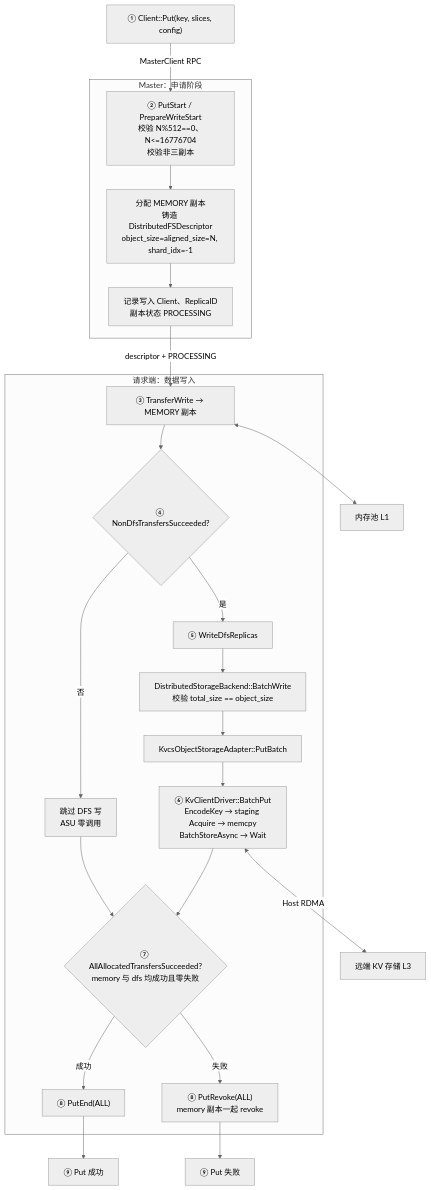
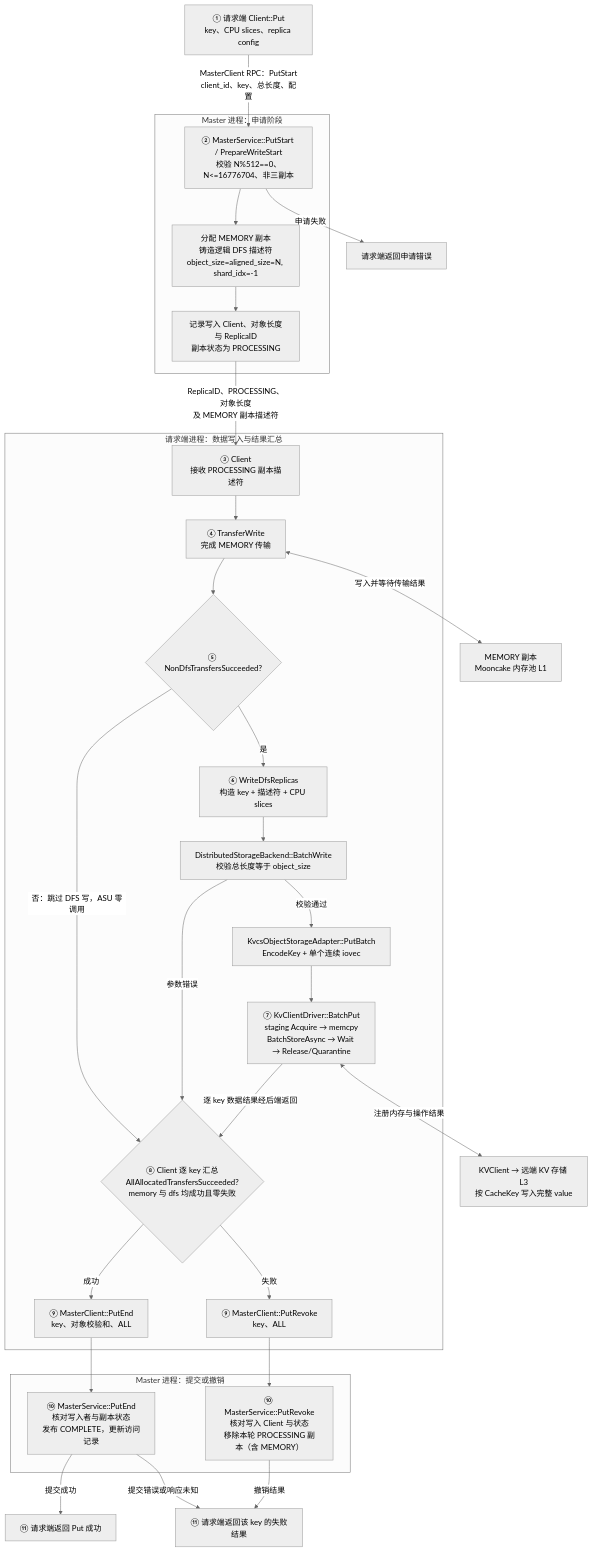
Before and after one commit to zwj20000328-dotcom/Mooncake-documents: the fourth of 13 diagrams in Mooncake + KVClient L3 接入（Kvcs）- v3.md, drawn with Mermaid (neutral theme). The commit also changed other lines of this file, not shown here.

Commit message:
modified：Mooncake + KVClient L3 接入（Kvcs）- v3.md

````diff
--- a/Mooncake + KVClient L3 接入（Kvcs）- v3.md
+++ b/Mooncake + KVClient L3 接入（Kvcs）- v3.md
@@ -293,43 +431,60 @@
 ```mermaid
 flowchart TB
-    C1["① Client::Put(key, slices, config)"]
+    C1["① 请求端 Client::Put<br/>key、CPU slices、replica config"]
 
-    subgraph MasterStart["Master：申请阶段"]
-        START["② PutStart / PrepareWriteStart<br/>校验 N%512==0、N<=16776704<br/>校验非三副本"]
-        ALLOC["分配 MEMORY 副本<br/>铸造 DistributedFSDescriptor<br/>object_size=aligned_size=N, shard_idx=-1"]
-        META["记录写入 Client、ReplicaID<br/>副本状态 PROCESSING"]
-        START --> ALLOC --> META
+    subgraph MasterStart["Master 进程：申请阶段"]
+        START["② MasterService::PutStart / PrepareWriteStart<br/>校验 N%512==0、N<=16776704、非三副本"]
+        ALLOC["分配 MEMORY 副本<br/>铸造逻辑 DFS 描述符<br/>object_size=aligned_size=N, shard_idx=-1"]
+        META["记录写入 Client、对象长度与 ReplicaID<br/>副本状态为 PROCESSING"]
+
+        START --> ALLOC
+        ALLOC --> META
     end
 
-    subgraph DataWrite["请求端：数据写入"]
-        T["③ TransferWrite → MEMORY 副本"]
-        GATE{"④ NonDfsTransfersSucceeded?"}
-        W["⑤ WriteDfsReplicas"]
-        B["DistributedStorageBackend::BatchWrite<br/>校验 total_size == object_size"]
-        O["KvcsObjectStorageAdapter::PutBatch"]
-        D["⑥ KvClientDriver::BatchPut<br/>EncodeKey → staging Acquire → memcpy<br/>BatchStoreAsync → Wait"]
-        J{"⑦ AllAllocatedTransfersSucceeded?<br/>memory 与 dfs 均成功且零失败"}
-        END["⑧ PutEnd(ALL)"]
-        REVOKE["⑧ PutRevoke(ALL)<br/>memory 副本一起 revoke"]
-        SKIP["跳过 DFS 写<br/>ASU 零调用"]
+    subgraph Request["请求端进程：数据写入与结果汇总"]
+        C2["③ Client<br/>接收 PROCESSING 副本描述符"]
+        T["④ TransferWrite<br/>完成 MEMORY 传输"]
+        GATE{"⑤ NonDfsTransfersSucceeded?"}
+        W["⑥ WriteDfsReplicas<br/>构造 key + 描述符 + CPU slices"]
+        B["DistributedStorageBackend::BatchWrite<br/>校验总长度等于 object_size"]
+        O["KvcsObjectStorageAdapter::PutBatch<br/>EncodeKey + 单个连续 iovec"]
+        D["⑦ KvClientDriver::BatchPut<br/>staging Acquire → memcpy<br/>BatchStoreAsync → Wait → Release/Quarantine"]
+        J{"⑧ Client 逐 key 汇总<br/>AllAllocatedTransfersSucceeded?<br/>memory 与 dfs 均成功且零失败"}
+        END["⑨ MasterClient::PutEnd<br/>key、对象校验和、ALL"]
+        REVOKE["⑨ MasterClient::PutRevoke<br/>key、ALL"]
 
+        C2 --> T
         T --> GATE
         GATE -->|"是"| W
-        GATE -->|"否"| SKIP
-        W --> B --> O --> D
-        D --> J
-        SKIP --> J
+        GATE -->|"否：跳过 DFS 写，ASU 零调用"| J
+        W --> B
+        B -->|"校验通过"| O
+        B -->|"参数错误"| J
+        O --> D
+        D -->|"逐 key 数据结果经后端返回"| J
         J -->|"成功"| END
         J -->|"失败"| REVOKE
     end
 
-    RAM["内存池 L1"]
-    S["远端 KV 存储 L3"]
+    subgraph MasterFinish["Master 进程：提交或撤销"]
+        COMMIT["⑩ MasterService::PutEnd<br/>核对写入者与副本状态<br/>发布 COMPLETE，更新访问记录"]
+        ABORT["⑩ MasterService::PutRevoke<br/>核对写入 Client 与状态<br/>移除本轮 PROCESSING 副本（含 MEMORY）"]
+    end
 
-    C1 -->|"MasterClient RPC"| START
-    META -->|"descriptor + PROCESSING"| T
-    T <--> RAM
-    D <-->|"Host RDMA"| S
-    END --> OK["⑨ Put 成功"]
-    REVOKE --> FAIL["⑨ Put 失败"]
+    OK["⑪ 请求端返回 Put 成功"]
+    FAIL["⑪ 请求端返回该 key 的失败结果"]
+    REJECT["请求端返回申请错误"]
+    RAM["MEMORY 副本<br/>Mooncake 内存池 L1"]
+    S["KVClient → 远端 KV 存储 L3<br/>按 CacheKey 写入完整 value"]
+
+    C1 -->|"MasterClient RPC：PutStart<br/>client_id、key、总长度、配置"| START
+    START -->|"申请失败"| REJECT
+    META -->|"ReplicaID、PROCESSING、对象长度<br/>及 MEMORY 副本描述符"| C2
+    T <-->|"写入并等待传输结果"| RAM
+    D <-->|"注册内存与操作结果"| S
+    END --> COMMIT
+    COMMIT -->|"提交成功"| OK
+    COMMIT -->|"提交错误或响应未知"| FAIL
+    REVOKE --> ABORT
+    ABORT -->|"撤销结果"| FAIL
 ```
````
